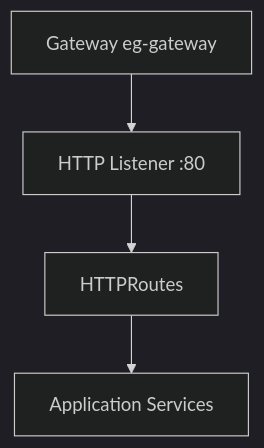
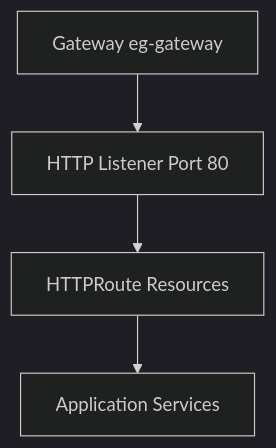
The fifth of 16 diagrams in docs/03-gateway-api/README.md (ahmed-sayed-devops/microservices-platform-gitops), drawn with Mermaid (dark theme) before and after one commit. The commit also changed other lines of this file, not shown here.

Commit message:
docs: improve Gateway API diagrams

````diff
--- a/docs/03-gateway-api/README.md
+++ b/docs/03-gateway-api/README.md
@@ -244,11 +259,11 @@
 ```mermaid
 graph TD
     Gateway[Gateway eg-gateway]
-    Listener[HTTP Listener :80]
-    Routes[HTTPRoutes]
-    Backend[Application Services]
+    Listener[HTTP Listener Port 80]
+    Routes[HTTPRoute Resources]
+    Services[Application Services]
 
     Gateway --> Listener
     Listener --> Routes
-    Routes --> Backend
+    Routes --> Services
 ```
````
